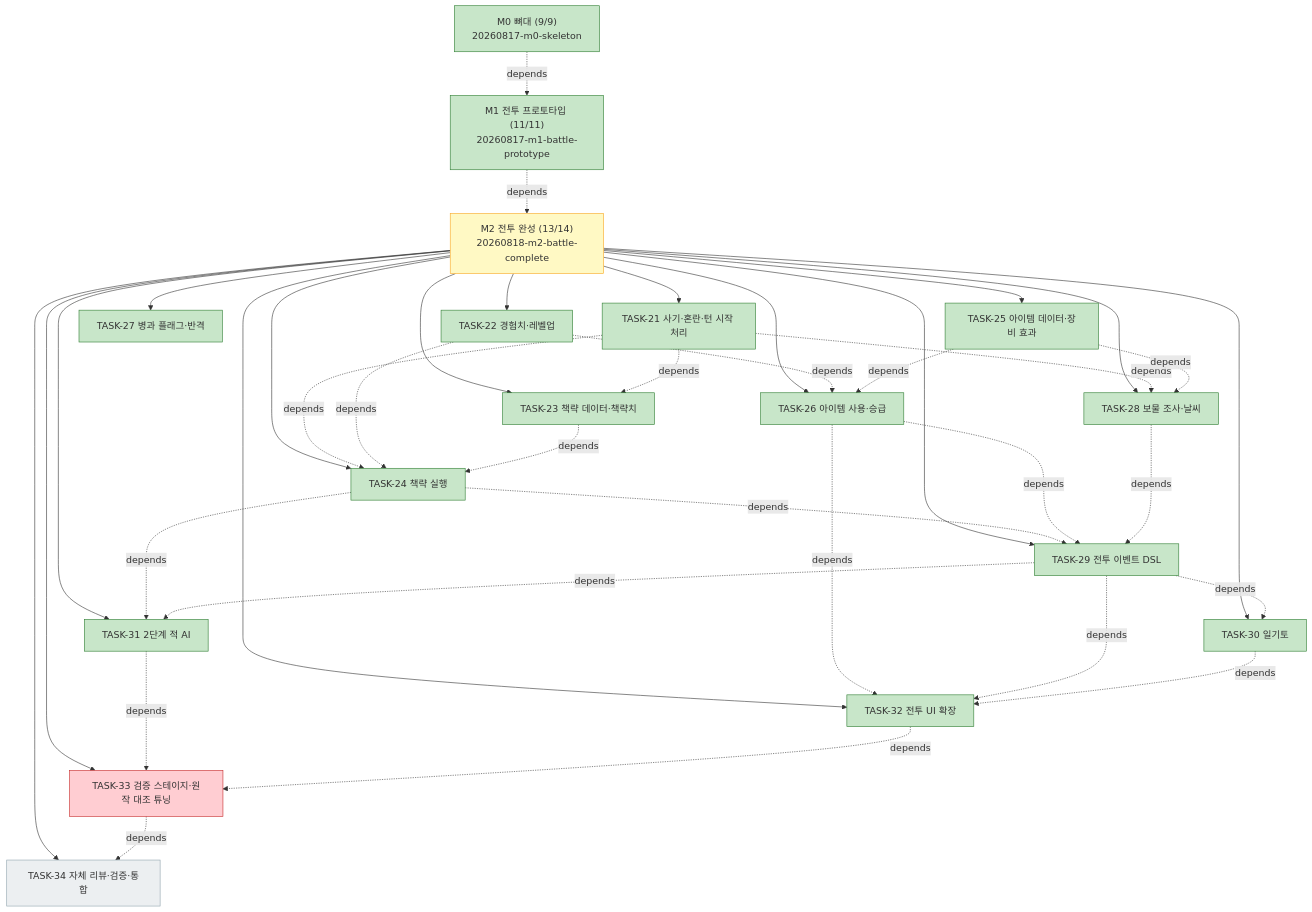
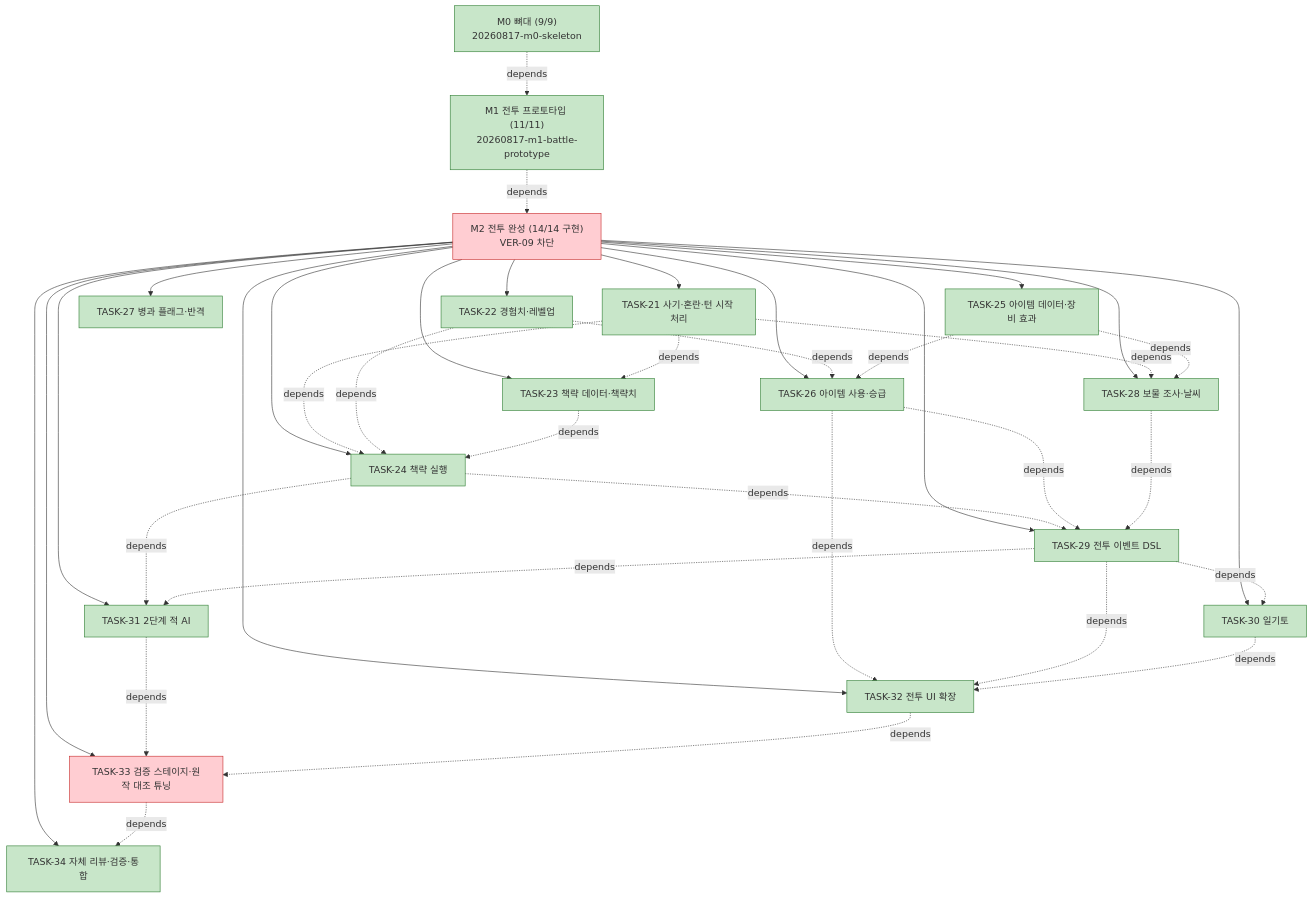
One commit to bluesky5008/HERO changed the diagram in docs/plan.md. Above: the diagram before and after it, drawn with Mermaid. The commit also changed other lines of this file and 3 other files, not shown here.

````diff
--- a/docs/plan.md
+++ b/docs/plan.md
@@ -77,46 +77,46 @@
 ```mermaid
 flowchart TD
     M0["M0 뼈대 (9/9)<br/>20260817-m0-skeleton"]:::done
     M1["M1 전투 프로토타입 (11/11)<br/>20260817-m1-battle-prototype"]:::done
-    M2["M2 전투 완성 (13/14)<br/>20260818-m2-battle-complete"]:::active
+    M2["M2 전투 완성 (14/14 구현)<br/>VER-09 차단"]:::gate
     M0 -. depends .-> M1
     M1 -. depends .-> M2
     M2 --> T21["TASK-21 사기·혼란·턴 시작 처리"]:::done
     M2 --> T22["TASK-22 경험치·레벨업"]:::done
     M2 --> T23["TASK-23 책략 데이터·책략치"]:::done
     M2 --> T24["TASK-24 책략 실행"]:::done
     M2 --> T25["TASK-25 아이템 데이터·장비 효과"]:::done
     M2 --> T26["TASK-26 아이템 사용·승급"]:::done
     M2 --> T27["TASK-27 병과 플래그·반격"]:::done
     M2 --> T28["TASK-28 보물 조사·날씨"]:::done
     M2 --> T29["TASK-29 전투 이벤트 DSL"]:::done
     M2 --> T30["TASK-30 일기토"]:::done
     M2 --> T31["TASK-31 2단계 적 AI"]:::done
     M2 --> T32["TASK-32 전투 UI 확장"]:::done
     M2 --> T33["TASK-33 검증 스테이지·원작 대조 튜닝"]:::gate
-    M2 --> T34["TASK-34 자체 리뷰·검증·통합"]:::todo
+    M2 --> T34["TASK-34 자체 리뷰·검증·통합"]:::done
     T21 -. depends .-> T23
     T21 -. depends .-> T24
     T22 -. depends .-> T24
     T23 -. depends .-> T24
     T22 -. depends .-> T26
     T25 -. depends .-> T26
     T21 -. depends .-> T28
     T25 -. depends .-> T28
     T24 -. depends .-> T29
     T26 -. depends .-> T29
     T28 -. depends .-> T29
     T29 -. depends .-> T30
     T24 -. depends .-> T31
     T29 -. depends .-> T31
     T26 -. depends .-> T32
     T29 -. depends .-> T32
     T30 -. depends .-> T32
     T31 -. depends .-> T33
     T32 -. depends .-> T33
     T33 -. depends .-> T34
     classDef done fill:#c8e6c9,stroke:#2e7d32
     classDef active fill:#fff9c4,stroke:#f9a825
     classDef todo fill:#eceff1,stroke:#90a4ae
     classDef gate fill:#ffcdd2,stroke:#c62828
 ```
````
